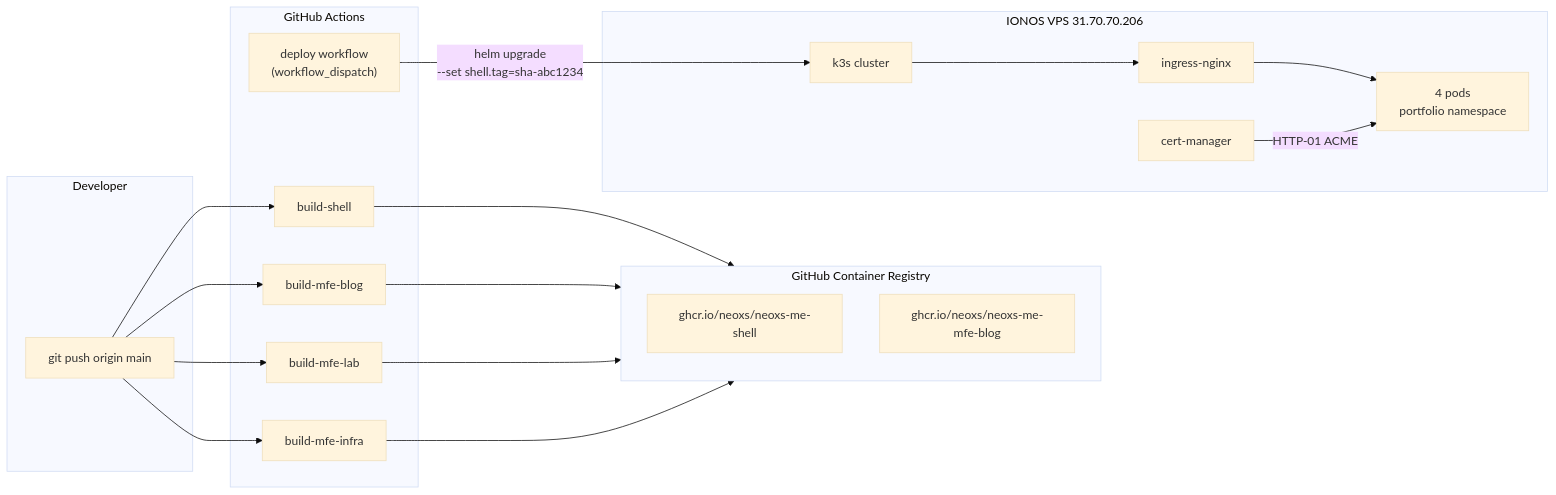
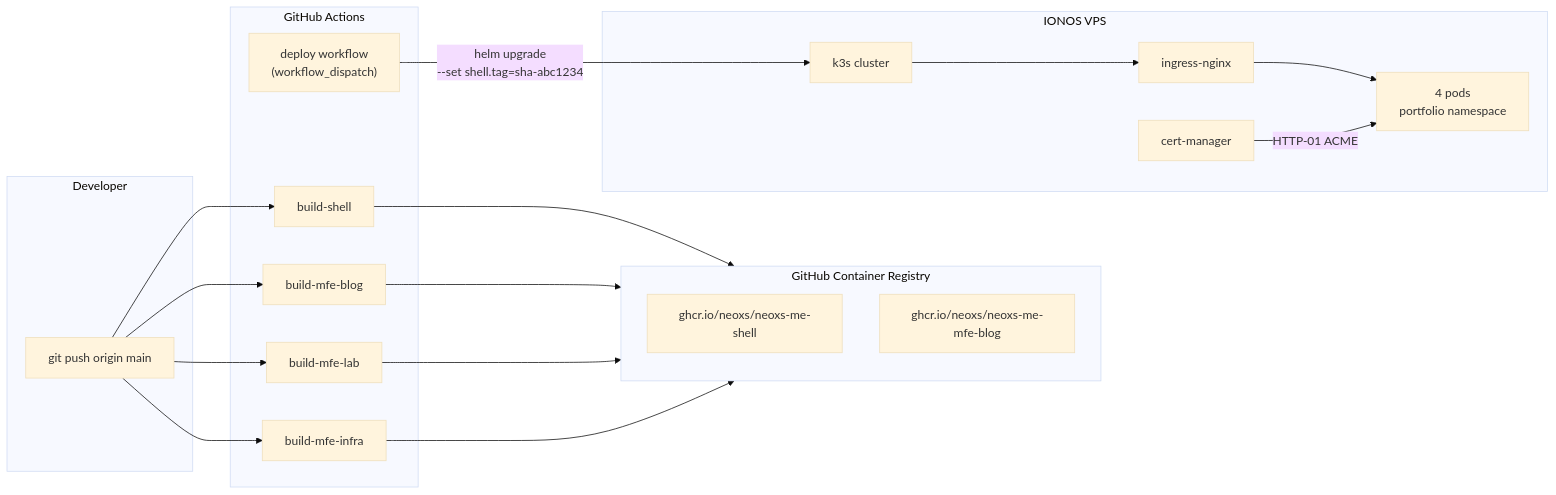
Before and after one commit to Neoxs/neoxs.me: the first of 2 diagrams in apps/mfe-blog/content/blog/deploying-to-vps-k3s-production.md, drawn with Mermaid (base theme). The commit also changed other lines of this file and 27 other files, not shown here.

````diff
--- a/apps/mfe-blog/content/blog/deploying-to-vps-k3s-production.md
+++ b/apps/mfe-blog/content/blog/deploying-to-vps-k3s-production.md
@@ -25,26 +25,26 @@
 ```mermaid
 flowchart LR
   subgraph Dev["Developer"]
     C["git push origin main"]
   end
   subgraph GH["GitHub Actions"]
     B1["build-shell"] & B2["build-mfe-blog"] & B3["build-mfe-lab"] & B4["build-mfe-infra"]
     D["deploy workflow\n(workflow_dispatch)"]
   end
   subgraph GHCR["GitHub Container Registry"]
     I1["ghcr.io/neoxs/neoxs-me-shell"]
     I2["ghcr.io/neoxs/neoxs-me-mfe-blog"]
   end
-  subgraph VPS["IONOS VPS 31.70.70.206"]
+  subgraph VPS["IONOS VPS <YOUR_VPS_IP>"]
     K["k3s cluster"]
     NG["ingress-nginx"]
     CM["cert-manager"]
     P["4 pods\nportfolio namespace"]
   end
 
   C --> B1 & B2 & B3 & B4
   B1 & B2 & B3 & B4 --> GHCR
   D -->|"helm upgrade\n--set shell.tag=sha-abc1234"| K
   K --> NG --> P
   CM -->|"HTTP-01 ACME"| P
 ```
````
